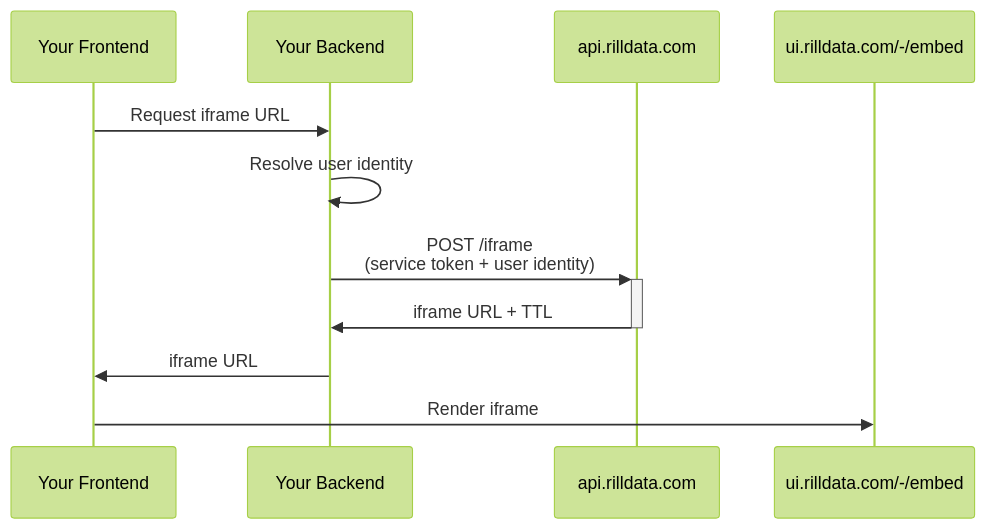
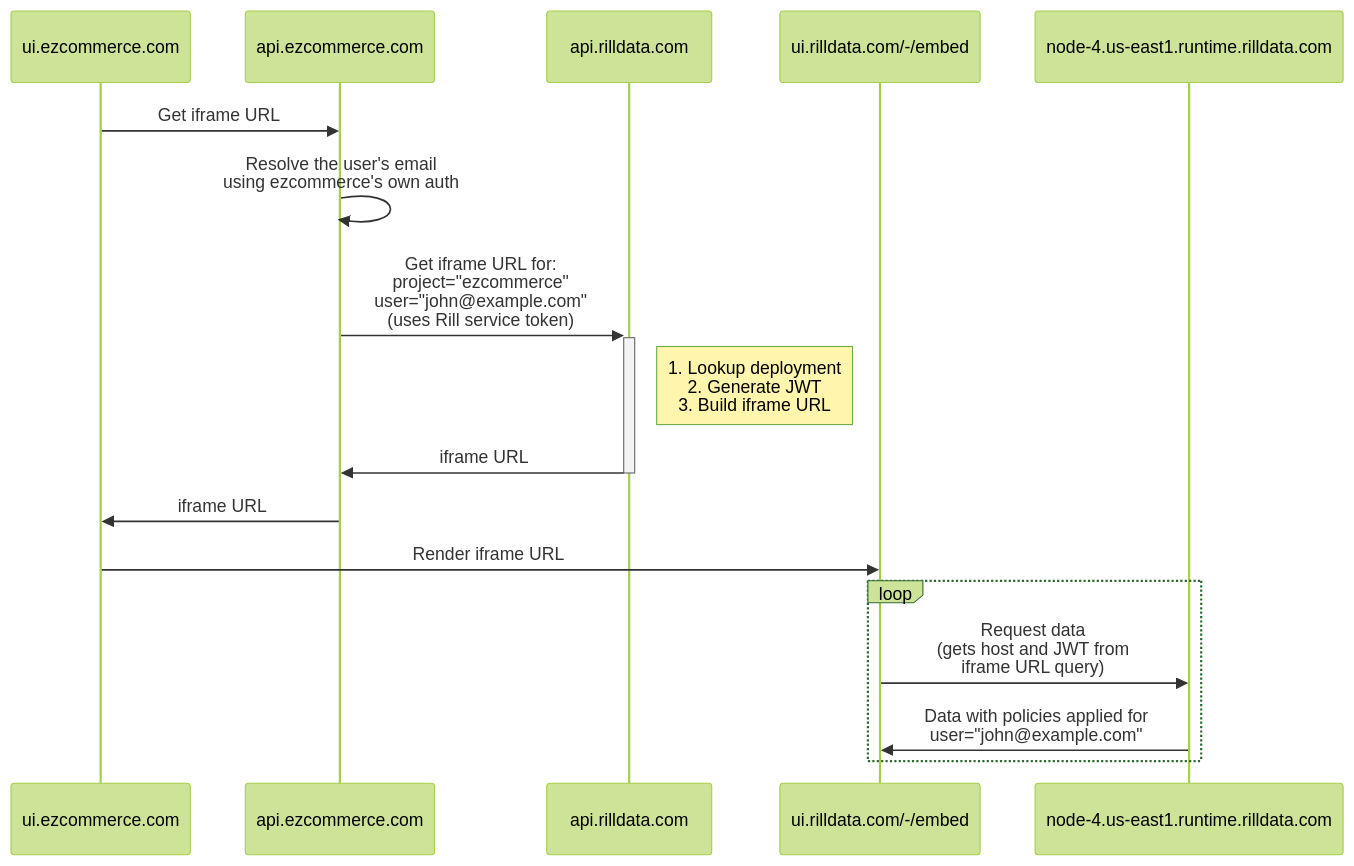
Before and after one commit to rilldata/rill: the diagram in docs/docs/developers/embed/embedding.md, drawn with Mermaid (forest theme). The commit also changed other lines of this file and 4 other files, not shown here.

````diff
--- a/docs/docs/developers/embed/embedding.md
+++ b/docs/docs/developers/embed/embedding.md
@@ -24,13 +23,19 @@
 ```mermaid
 sequenceDiagram
-  participant A as Your Frontend
-  participant B as Your Backend
+  participant A as ui.ezcommerce.com
+  participant B as api.ezcommerce.com
   participant C as api.rilldata.com
   participant D as ui.rilldata.com/-/embed
-  A ->> B: Request iframe URL
-  B ->> B: Resolve user identity
-  B ->>+ C: POST /iframe<br/>(service token + user identity)
-  C ->>- B: iframe URL + TTL
+  participant E as node-4.us-east1.runtime.rilldata.com
+  A ->> B: Get iframe URL
+  B ->> B: Resolve the user's email <br />using ezcommerce's own auth
+  B ->>+ C: Get iframe URL for:<br />project="ezcommerce"<br />user="john@example.com"<br/>(uses Rill service token)
+  Note right of C: 1. Lookup deployment<br/>2. Generate JWT<br />3. Build iframe URL
+  C ->>- B: iframe URL
   B ->> A: iframe URL
-  A ->> D: Render iframe
+  A ->> D: Render iframe URL
+  loop
+    D ->> E: Request data <br />(gets host and JWT from<br /> iframe URL query)
+    E ->> D: Data with policies applied for<br />user="john@example.com"
+  end
 ```
````
